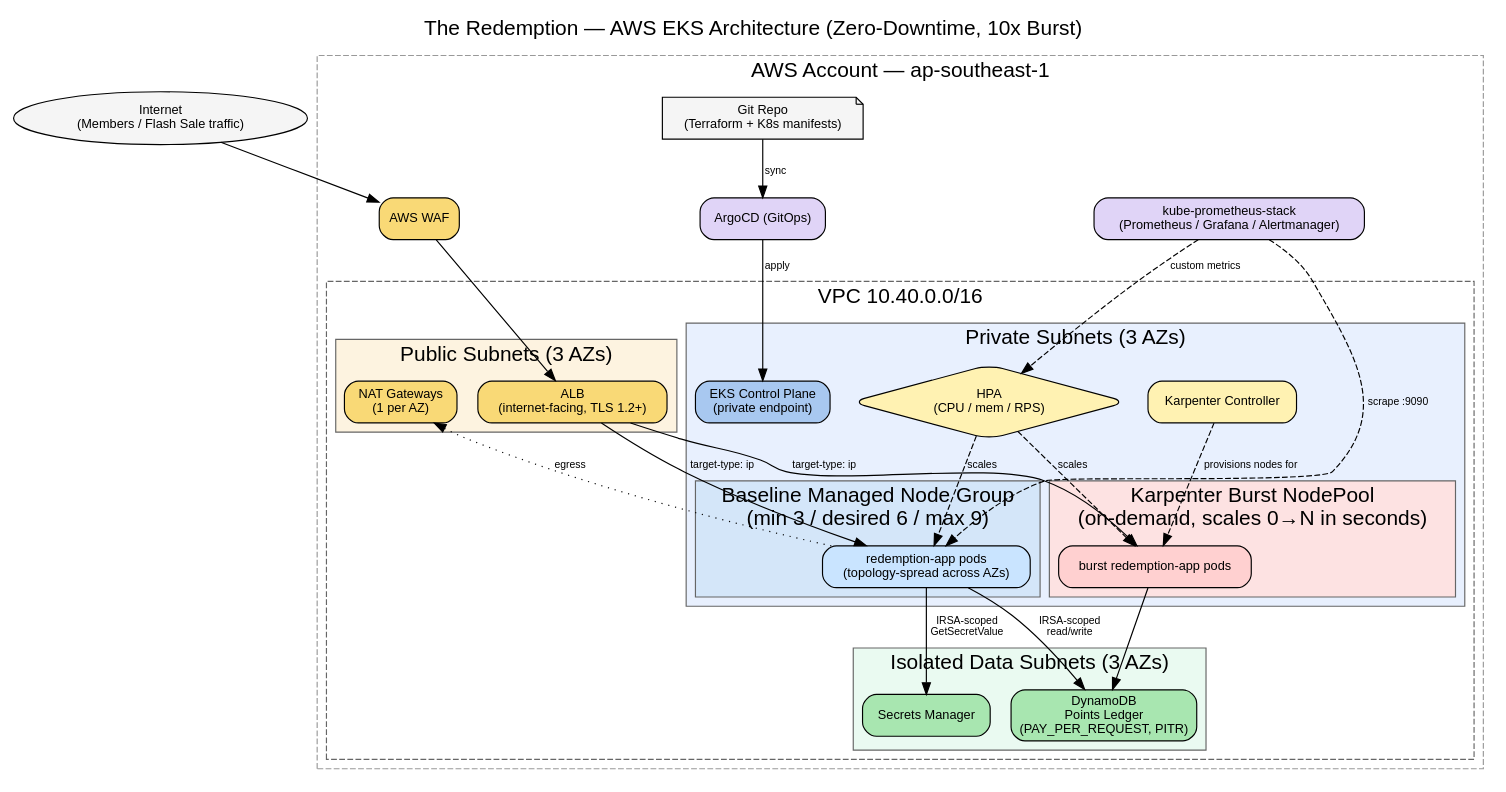
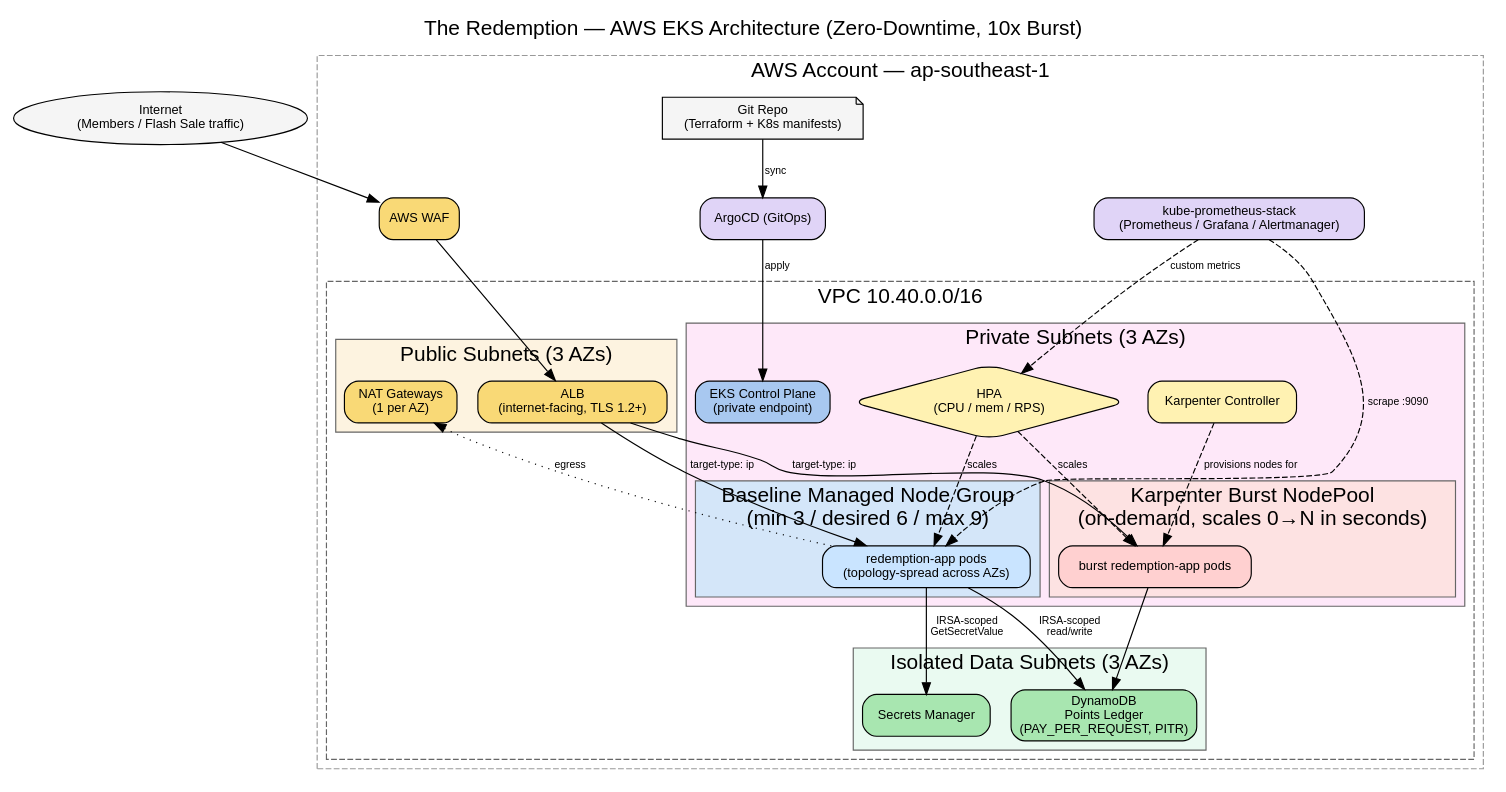
The diagram in accor_poc/redemption-infra/diagram/architecture.dot (srikanth0130chary/accor_poc), drawn with Graphviz before and after one commit.

```diff
--- a/accor_poc/redemption-infra/diagram/architecture.dot
+++ b/accor_poc/redemption-infra/diagram/architecture.dot
@@ -1,79 +1,79 @@
 digraph TheRedemption {
   rankdir=TB;
   fontname="Helvetica";
   node [fontname="Helvetica", fontsize=11, shape=box, style="rounded,filled"];
   edge [fontname="Helvetica", fontsize=9];
 
   labelloc="t";
   label="The Redemption — AWS EKS Architecture (Zero-Downtime, 10x Burst)";
   fontsize=18;
 
   Internet [label="Internet\n(Members / Flash Sale traffic)", shape=ellipse, fillcolor="#f5f5f5"];
 
   subgraph cluster_aws {
     label="AWS Account — ap-southeast-1";
     style=dashed; color="#999999";
 
     WAF [label="AWS WAF", fillcolor="#f9d976"];
 
     subgraph cluster_vpc {
       label="VPC 10.40.0.0/16";
       style=dashed; color="#666666";
 
       subgraph cluster_pub {
         label="Public Subnets (3 AZs)";
         style=filled; fillcolor="#fdf3e0";
         ALB [label="ALB\n(internet-facing, TLS 1.2+)", fillcolor="#f9d976"];
         NAT [label="NAT Gateways\n(1 per AZ)", fillcolor="#f9d976"];
       }
 
       subgraph cluster_priv {
         label="Private Subnets (3 AZs)";
-        style=filled; fillcolor="#e8f0fe";
+        style=filled; fillcolor="#fee8f9";
 
         EKS [label="EKS Control Plane\n(private endpoint)", fillcolor="#a8c8f0"];
 
         subgraph cluster_baseline {
           label="Baseline Managed Node Group\n(min 3 / desired 6 / max 9)";
           style=filled; fillcolor="#d4e6f9";
           Pods1 [label="redemption-app pods\n(topology-spread across AZs)", fillcolor="#c9e4ff"];
         }
 
         subgraph cluster_karpenter {
           label="Karpenter Burst NodePool\n(on-demand, scales 0→N in seconds)";
           style=filled; fillcolor="#fde2e2";
           Pods2 [label="burst redemption-app pods", fillcolor="#ffd0d0"];
         }
 
         HPA [label="HPA\n(CPU / mem / RPS)", shape=diamond, fillcolor="#fff2b2"];
         Karpenter [label="Karpenter Controller", fillcolor="#fff2b2"];
       }
 
       subgraph cluster_data {
         label="Isolated Data Subnets (3 AZs)";
         style=filled; fillcolor="#eafaf1";
         Dynamo [label="DynamoDB\nPoints Ledger\n(PAY_PER_REQUEST, PITR)", fillcolor="#a8e6b0"];
         Secrets [label="Secrets Manager", fillcolor="#a8e6b0"];
       }
     }
 
     Prom [label="kube-prometheus-stack\n(Prometheus / Grafana / Alertmanager)", fillcolor="#e0d4f7"];
     ArgoCD [label="ArgoCD (GitOps)", fillcolor="#e0d4f7"];
     Git [label="Git Repo\n(Terraform + K8s manifests)", shape=note, fillcolor="#f5f5f5"];
   }
 
   Internet -> WAF -> ALB;
   ALB -> Pods1 [label="target-type: ip"];
   ALB -> Pods2 [label="target-type: ip"];
   HPA -> Pods1 [style=dashed, label="scales"];
   HPA -> Pods2 [style=dashed, label="scales"];
   Karpenter -> Pods2 [style=dashed, label="provisions nodes for"];
   Pods1 -> Dynamo [label="IRSA-scoped\nread/write"];
   Pods2 -> Dynamo;
   Pods1 -> Secrets [label="IRSA-scoped\nGetSecretValue"];
   Pods1 -> NAT [style=dotted, label="egress"];
   Prom -> Pods1 [style=dashed, label="scrape :9090"];
   Prom -> HPA [style=dashed, label="custom metrics"];
   Git -> ArgoCD [label="sync"];
   ArgoCD -> EKS [label="apply"];
 }
```
